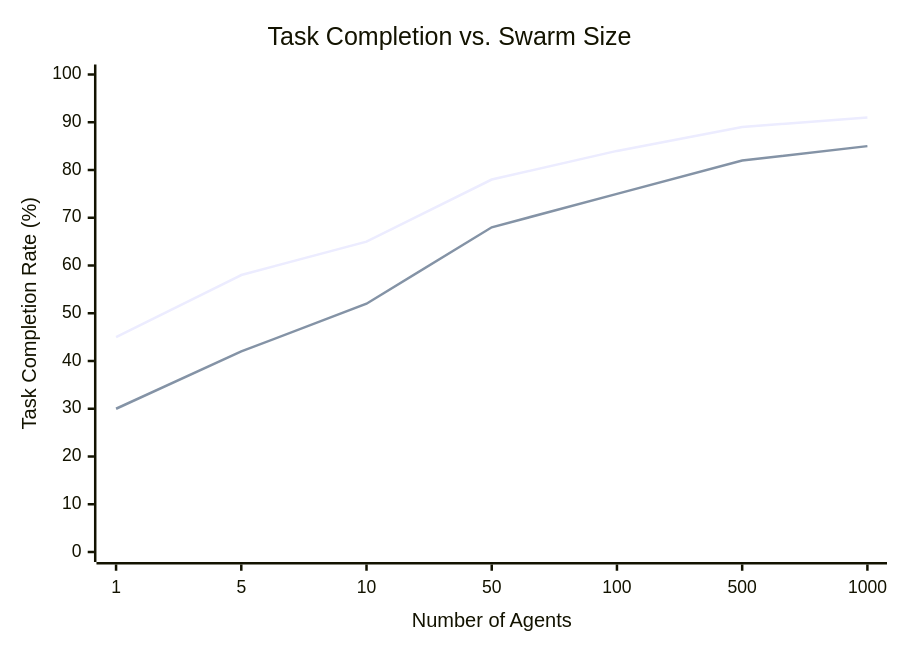
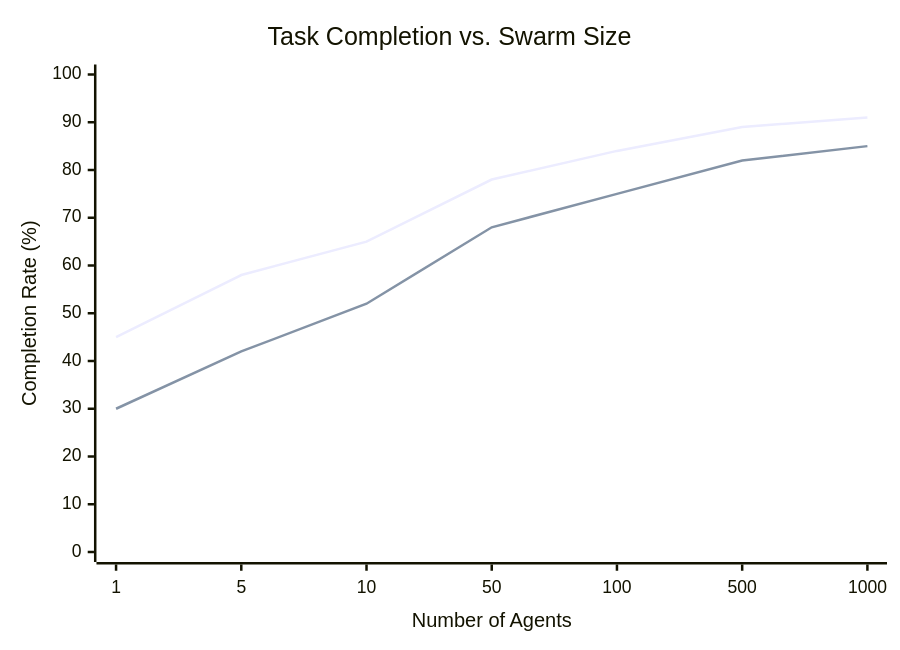
Before and after one commit to Ladas/MarkdownViewer: the sixth of 7 diagrams in Tests/fixtures/agi-hive-mind-research.md, drawn with Mermaid. The commit also changed other lines of this file and 1 other file, not shown here.

````diff
--- a/Tests/fixtures/agi-hive-mind-research.md
+++ b/Tests/fixtures/agi-hive-mind-research.md
@@ -295,8 +201,8 @@
 ```mermaid
 xychart-beta
     title "Task Completion vs. Swarm Size"
     x-axis "Number of Agents" [1, 5, 10, 50, 100, 500, 1000]
-    y-axis "Task Completion Rate (%)" 0 --> 100
+    y-axis "Completion Rate (%)" 0 --> 100
     line [45, 58, 65, 78, 84, 89, 91]
     line [30, 42, 52, 68, 75, 82, 85]
 ```
````
